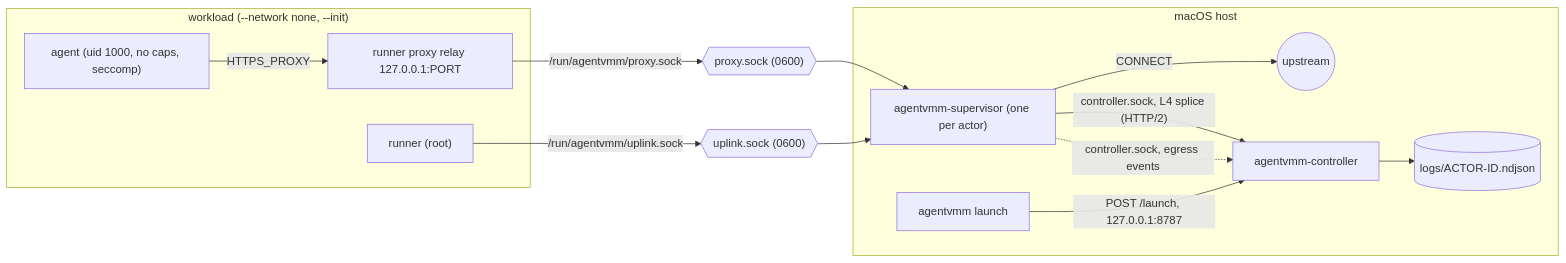
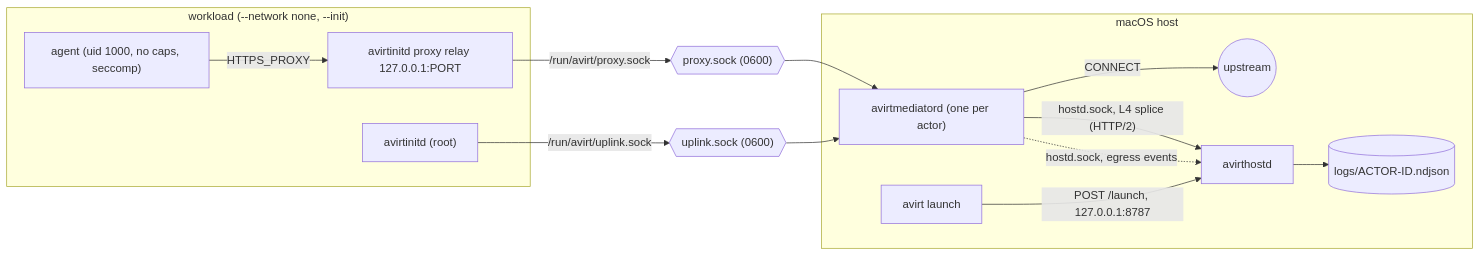
The first of 2 diagrams in docs/architecture.md (tbhb-dev/avirt), drawn with Mermaid before and after one commit. The commit also changed other lines of this file and 94 other files, not shown here.

````diff
--- a/docs/architecture.md
+++ b/docs/architecture.md
@@ -30,25 +32,25 @@
 ```mermaid
 flowchart LR
     subgraph workload["workload (--network none, --init)"]
         agent["agent (uid 1000, no caps, seccomp)"]
-        relay["runner proxy relay 127.0.0.1:PORT"]
-        runner["runner (root)"]
+        relay["avirtinitd proxy relay 127.0.0.1:PORT"]
+        avirtinitd["avirtinitd (root)"]
         agent -->|HTTPS_PROXY| relay
     end
     subgraph host["macOS host"]
-        sup["agentvmm-supervisor (one per actor)"]
-        ctl["agentvmm-controller"]
+        med["avirtmediatord (one per actor)"]
+        hostd["avirthostd"]
         logs[("logs/ACTOR-ID.ndjson")]
         upstream(("upstream"))
-        cli["agentvmm launch"]
+        cli["avirt launch"]
     end
-    relay -->|"/run/agentvmm/proxy.sock"| psock{{"proxy.sock (0600)"}}
-    psock --> sup
-    sup -->|"CONNECT"| upstream
-    runner -->|"/run/agentvmm/uplink.sock"| usock{{"uplink.sock (0600)"}}
-    usock --> sup
-    sup -->|"controller.sock, L4 splice (HTTP/2)"| ctl
-    sup -.->|"controller.sock, egress events"| ctl
-    ctl --> logs
-    cli -->|"POST /launch, 127.0.0.1:8787"| ctl
+    relay -->|"/run/avirt/proxy.sock"| psock{{"proxy.sock (0600)"}}
+    psock --> med
+    med -->|"CONNECT"| upstream
+    avirtinitd -->|"/run/avirt/uplink.sock"| usock{{"uplink.sock (0600)"}}
+    usock --> med
+    med -->|"hostd.sock, L4 splice (HTTP/2)"| hostd
+    med -.->|"hostd.sock, egress events"| hostd
+    hostd --> logs
+    cli -->|"POST /launch, 127.0.0.1:8787"| hostd
 ```
````
